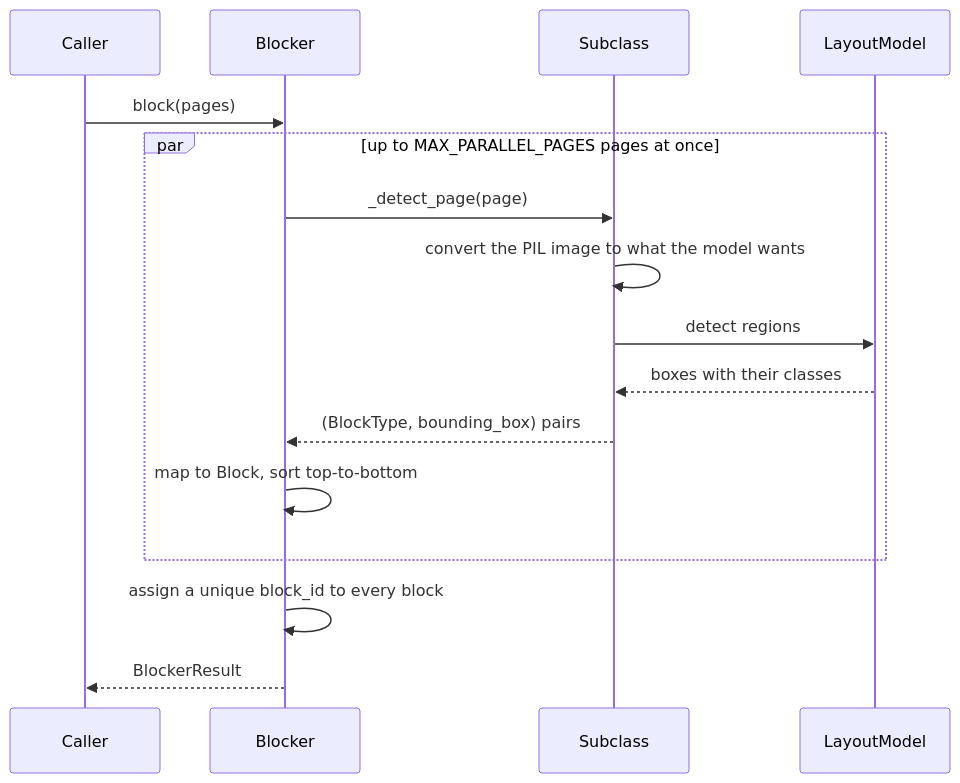
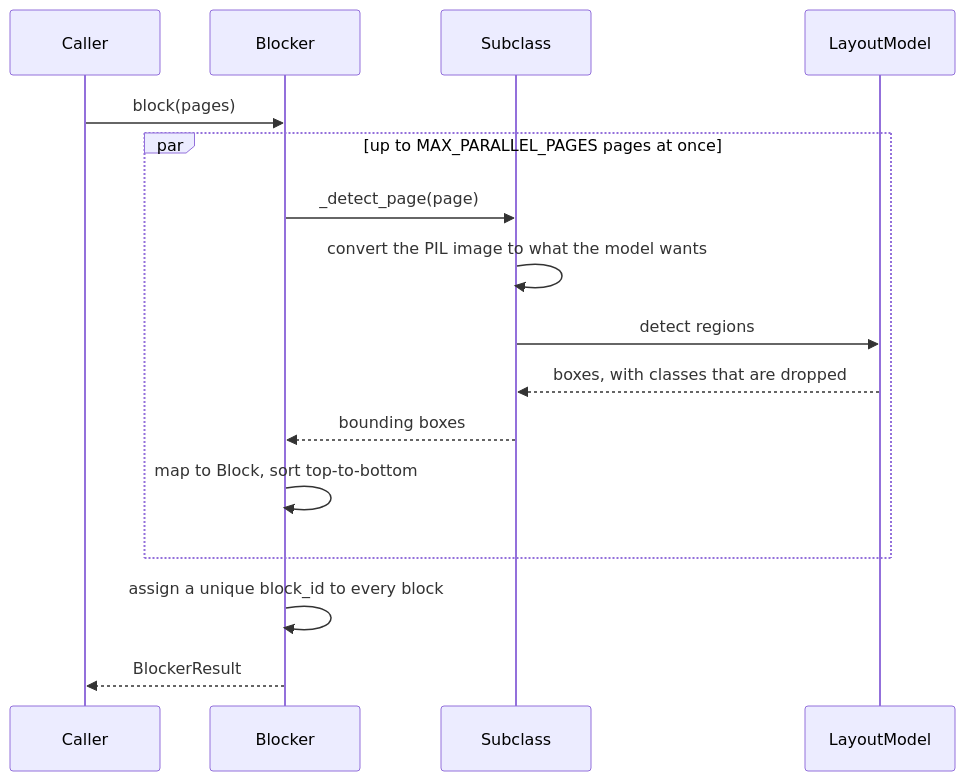
Before and after one commit to konbraphat51/SuperSuat: the second of 2 diagrams in Uploader/OcrModule/Blocked/Docs/Blocker.md, drawn with Mermaid. The commit also changed other lines of this file and 28 other files, not shown here.

````diff
--- a/Uploader/OcrModule/Blocked/Docs/Blocker.md
+++ b/Uploader/OcrModule/Blocked/Docs/Blocker.md
@@ -72,18 +82,18 @@
 ```mermaid
 sequenceDiagram
     participant Caller
     participant Blocker
     participant Subclass
     participant LayoutModel
     Caller->>Blocker: block(pages)
     par up to MAX_PARALLEL_PAGES pages at once
         Blocker->>Subclass: _detect_page(page)
         Subclass->>Subclass: convert the PIL image to what the model wants
         Subclass->>LayoutModel: detect regions
-        LayoutModel-->>Subclass: boxes with their classes
-        Subclass-->>Blocker: (BlockType, bounding_box) pairs
+        LayoutModel-->>Subclass: boxes, with classes that are dropped
+        Subclass-->>Blocker: bounding boxes
         Blocker->>Blocker: map to Block, sort top-to-bottom
     end
     Blocker->>Blocker: assign a unique block_id to every block
     Blocker-->>Caller: BlockerResult
 ```
````
